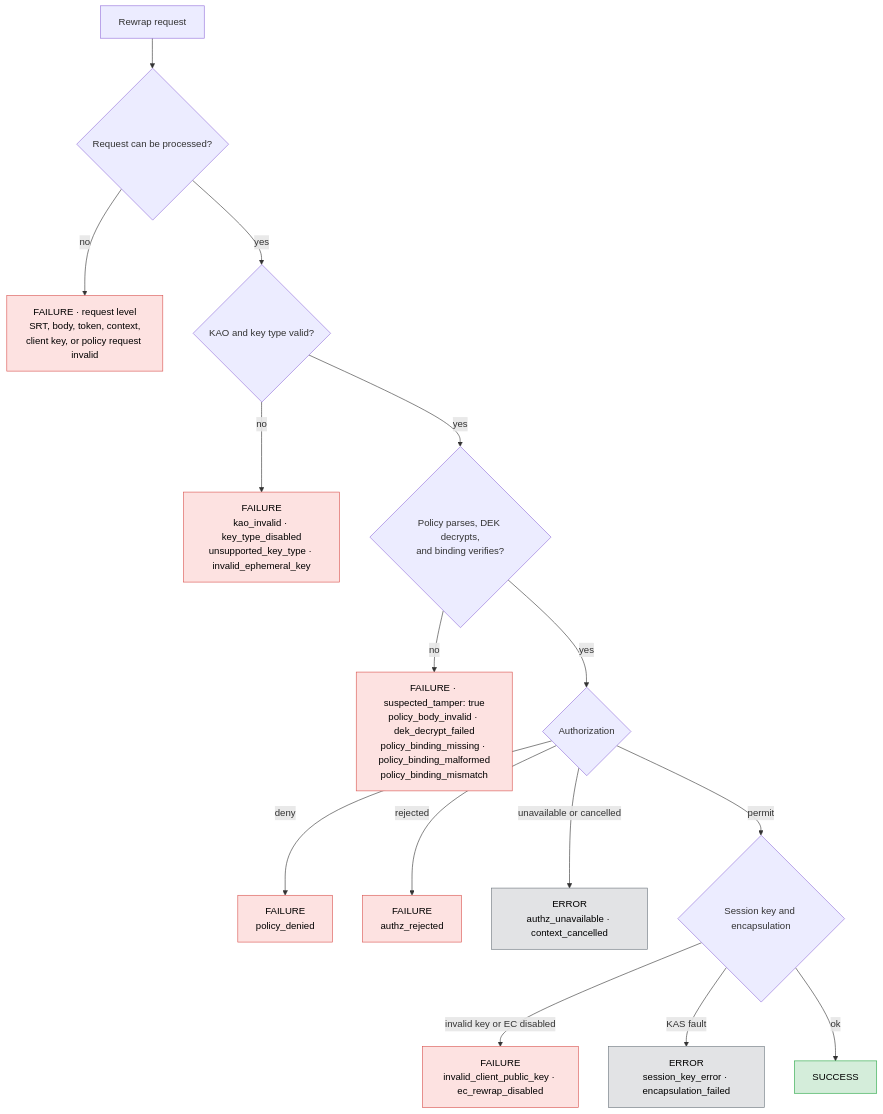
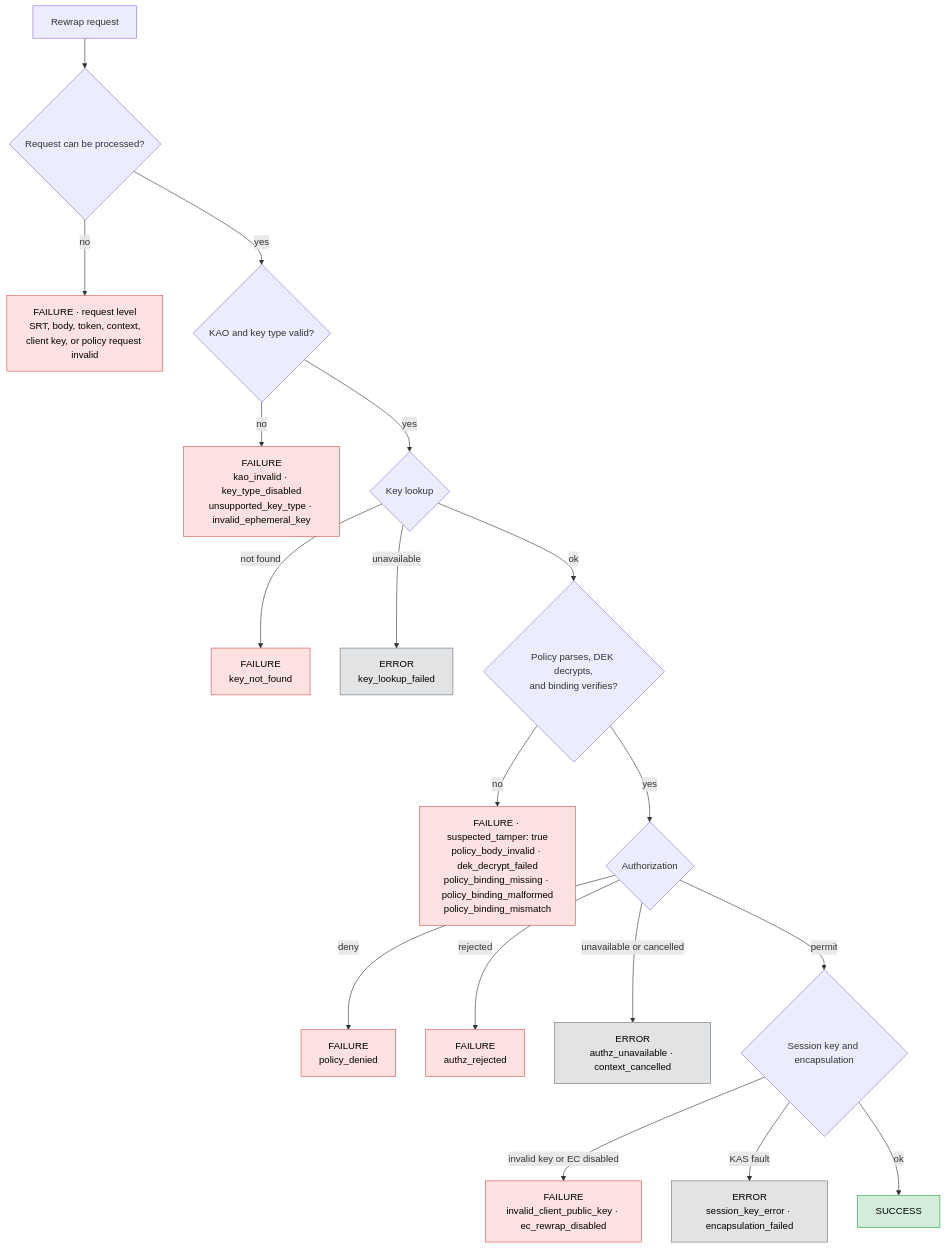
One commit to opentdf/platform changed the diagram in service/kas/access/REWRAP_AUDIT.md. Above: the diagram before and after it, drawn with Mermaid. The commit also changed other lines of this file and 3 other files, not shown here.

````diff
--- a/service/kas/access/REWRAP_AUDIT.md
+++ b/service/kas/access/REWRAP_AUDIT.md
@@ -9,24 +9,27 @@
 ```mermaid
 flowchart TD
     A[Rewrap request] --> B{Request can be processed?}
     B -->|no| F1["FAILURE · request level<br/>SRT, body, token, context,<br/>client key, or policy request invalid"]
     B -->|yes| C{"KAO and key type valid?"}
     C -->|no| F2["FAILURE<br/>kao_invalid · key_type_disabled<br/>unsupported_key_type · invalid_ephemeral_key"]
-    C -->|yes| D{"Policy parses, DEK decrypts,<br/>and binding verifies?"}
+    C -->|yes| K{Key lookup}
+    K -->|not found| F7["FAILURE<br/>key_not_found"]
+    K -->|unavailable| E0["ERROR<br/>key_lookup_failed"]
+    K -->|ok| D{"Policy parses, DEK decrypts,<br/>and binding verifies?"}
     D -->|no| F3["FAILURE · suspected_tamper: true<br/>policy_body_invalid · dek_decrypt_failed<br/>policy_binding_missing · policy_binding_malformed<br/>policy_binding_mismatch"]
     D -->|yes| E{Authorization}
     E -->|deny| F4["FAILURE<br/>policy_denied"]
     E -->|rejected| F5["FAILURE<br/>authz_rejected"]
     E -->|unavailable or cancelled| E1["ERROR<br/>authz_unavailable · context_cancelled"]
     E -->|permit| G{Session key and encapsulation}
     G -->|invalid key or EC disabled| F6["FAILURE<br/>invalid_client_public_key · ec_rewrap_disabled"]
     G -->|KAS fault| E2["ERROR<br/>session_key_error · encapsulation_failed"]
     G -->|ok| S[SUCCESS]
 
     classDef success fill:#d4edda,stroke:#28a745,color:#000
     classDef failure fill:#fde2e1,stroke:#d9534f,color:#000
     classDef error fill:#e2e3e5,stroke:#6c757d,color:#000
     class S success
-    class F1,F2,F3,F4,F5,F6 failure
-    class E1,E2 error
+    class F1,F2,F3,F4,F5,F6,F7 failure
+    class E0,E1,E2 error
 ```
````
